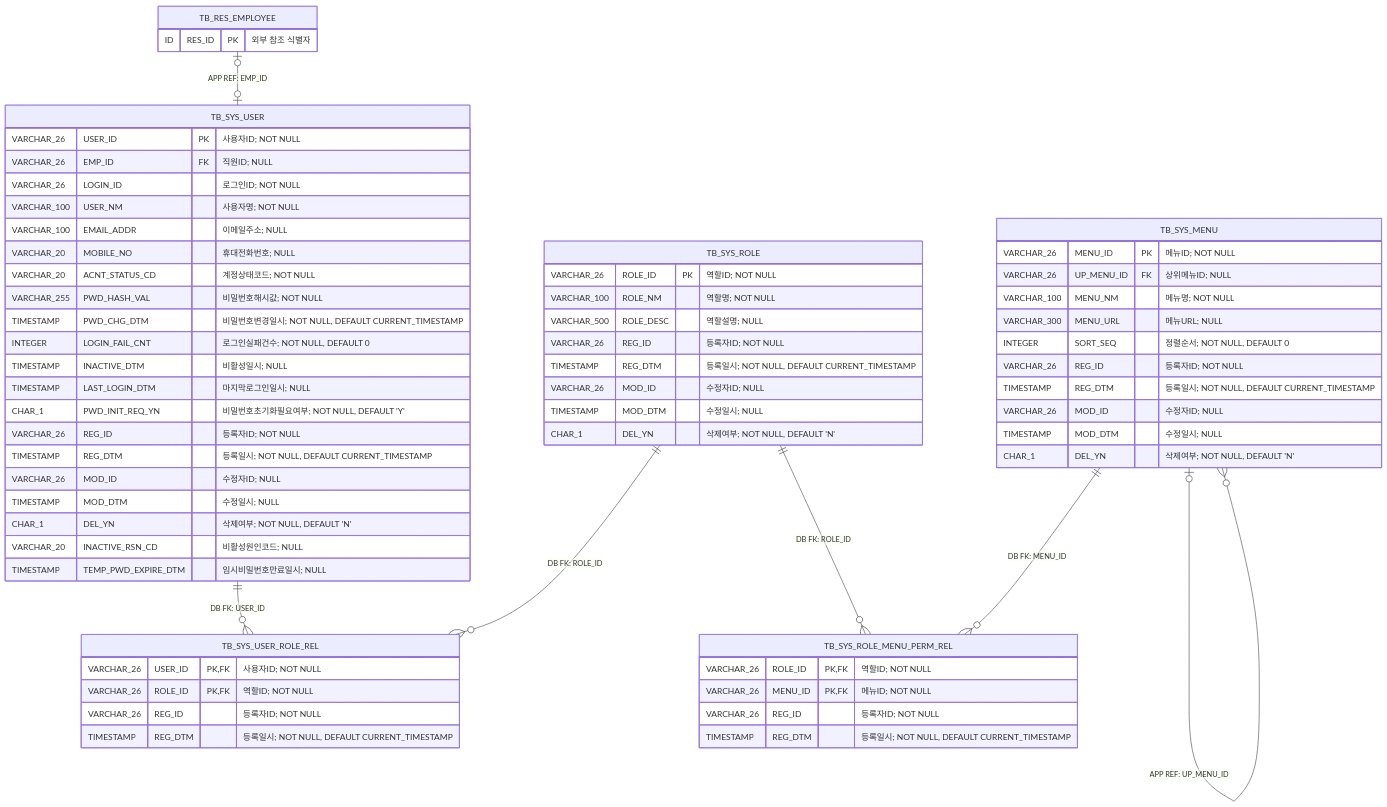
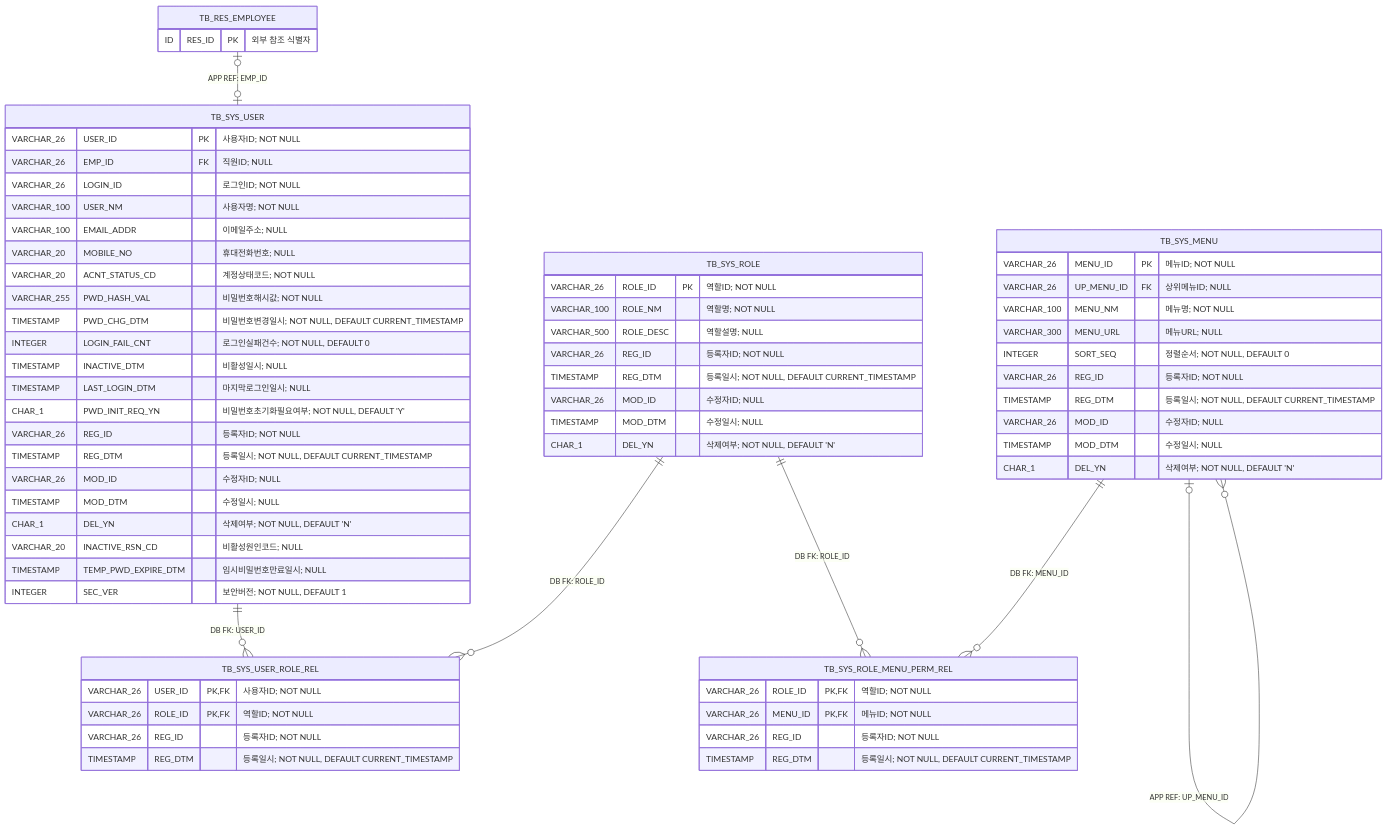
One commit to MrKkondae/business-management-system changed the second of 5 diagrams in docs/02.architecture/02.data-architecture/04.model-diagrams/physical/01.system-management-erd.md. Above: the diagram before and after it, drawn with Mermaid. The commit also changed other lines of this file and 25 other files, not shown here.

````diff
--- a/docs/02.architecture/02.data-architecture/04.model-diagrams/physical/01.system-management-erd.md
+++ b/docs/02.architecture/02.data-architecture/04.model-diagrams/physical/01.system-management-erd.md
@@ -62,68 +62,69 @@
 ```mermaid
 erDiagram
     TB_SYS_USER {
         VARCHAR_26 USER_ID PK "사용자ID; NOT NULL"
         VARCHAR_26 EMP_ID FK "직원ID; NULL"
         VARCHAR_26 LOGIN_ID "로그인ID; NOT NULL"
         VARCHAR_100 USER_NM "사용자명; NOT NULL"
         VARCHAR_100 EMAIL_ADDR "이메일주소; NULL"
         VARCHAR_20 MOBILE_NO "휴대전화번호; NULL"
         VARCHAR_20 ACNT_STATUS_CD "계정상태코드; NOT NULL"
         VARCHAR_255 PWD_HASH_VAL "비밀번호해시값; NOT NULL"
         TIMESTAMP PWD_CHG_DTM "비밀번호변경일시; NOT NULL, DEFAULT CURRENT_TIMESTAMP"
         INTEGER LOGIN_FAIL_CNT "로그인실패건수; NOT NULL, DEFAULT 0"
         TIMESTAMP INACTIVE_DTM "비활성일시; NULL"
         TIMESTAMP LAST_LOGIN_DTM "마지막로그인일시; NULL"
         CHAR_1 PWD_INIT_REQ_YN "비밀번호초기화필요여부; NOT NULL, DEFAULT 'Y'"
         VARCHAR_26 REG_ID "등록자ID; NOT NULL"
         TIMESTAMP REG_DTM "등록일시; NOT NULL, DEFAULT CURRENT_TIMESTAMP"
         VARCHAR_26 MOD_ID "수정자ID; NULL"
         TIMESTAMP MOD_DTM "수정일시; NULL"
         CHAR_1 DEL_YN "삭제여부; NOT NULL, DEFAULT 'N'"
         VARCHAR_20 INACTIVE_RSN_CD "비활성원인코드; NULL"
         TIMESTAMP TEMP_PWD_EXPIRE_DTM "임시비밀번호만료일시; NULL"
+        INTEGER SEC_VER "보안버전; NOT NULL, DEFAULT 1"
     }
     TB_SYS_ROLE {
         VARCHAR_26 ROLE_ID PK "역할ID; NOT NULL"
         VARCHAR_100 ROLE_NM "역할명; NOT NULL"
         VARCHAR_500 ROLE_DESC "역할설명; NULL"
         VARCHAR_26 REG_ID "등록자ID; NOT NULL"
         TIMESTAMP REG_DTM "등록일시; NOT NULL, DEFAULT CURRENT_TIMESTAMP"
         VARCHAR_26 MOD_ID "수정자ID; NULL"
         TIMESTAMP MOD_DTM "수정일시; NULL"
         CHAR_1 DEL_YN "삭제여부; NOT NULL, DEFAULT 'N'"
     }
     TB_SYS_USER_ROLE_REL {
         VARCHAR_26 USER_ID PK,FK "사용자ID; NOT NULL"
         VARCHAR_26 ROLE_ID PK,FK "역할ID; NOT NULL"
         VARCHAR_26 REG_ID "등록자ID; NOT NULL"
         TIMESTAMP REG_DTM "등록일시; NOT NULL, DEFAULT CURRENT_TIMESTAMP"
     }
     TB_SYS_MENU {
         VARCHAR_26 MENU_ID PK "메뉴ID; NOT NULL"
         VARCHAR_26 UP_MENU_ID FK "상위메뉴ID; NULL"
         VARCHAR_100 MENU_NM "메뉴명; NOT NULL"
         VARCHAR_300 MENU_URL "메뉴URL; NULL"
         INTEGER SORT_SEQ "정렬순서; NOT NULL, DEFAULT 0"
         VARCHAR_26 REG_ID "등록자ID; NOT NULL"
         TIMESTAMP REG_DTM "등록일시; NOT NULL, DEFAULT CURRENT_TIMESTAMP"
         VARCHAR_26 MOD_ID "수정자ID; NULL"
         TIMESTAMP MOD_DTM "수정일시; NULL"
         CHAR_1 DEL_YN "삭제여부; NOT NULL, DEFAULT 'N'"
     }
     TB_SYS_ROLE_MENU_PERM_REL {
         VARCHAR_26 ROLE_ID PK,FK "역할ID; NOT NULL"
         VARCHAR_26 MENU_ID PK,FK "메뉴ID; NOT NULL"
         VARCHAR_26 REG_ID "등록자ID; NOT NULL"
         TIMESTAMP REG_DTM "등록일시; NOT NULL, DEFAULT CURRENT_TIMESTAMP"
     }
     TB_RES_EMPLOYEE {
         ID RES_ID PK "외부 참조 식별자"
     }
     TB_SYS_USER ||--o{ TB_SYS_USER_ROLE_REL : "DB FK: USER_ID"
     TB_SYS_ROLE ||--o{ TB_SYS_USER_ROLE_REL : "DB FK: ROLE_ID"
     TB_RES_EMPLOYEE o|--o| TB_SYS_USER : "APP REF: EMP_ID"
     TB_SYS_MENU o|--o{ TB_SYS_MENU : "APP REF: UP_MENU_ID"
     TB_SYS_ROLE ||--o{ TB_SYS_ROLE_MENU_PERM_REL : "DB FK: ROLE_ID"
     TB_SYS_MENU ||--o{ TB_SYS_ROLE_MENU_PERM_REL : "DB FK: MENU_ID"
 ```
````
